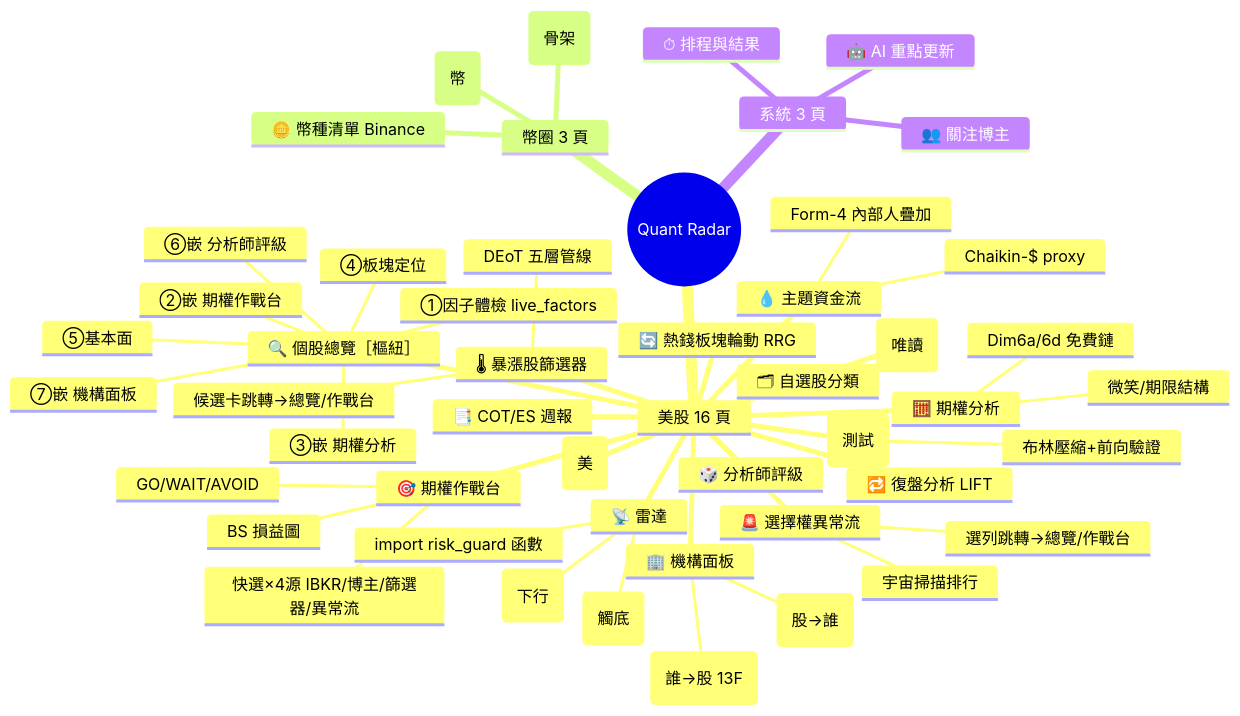
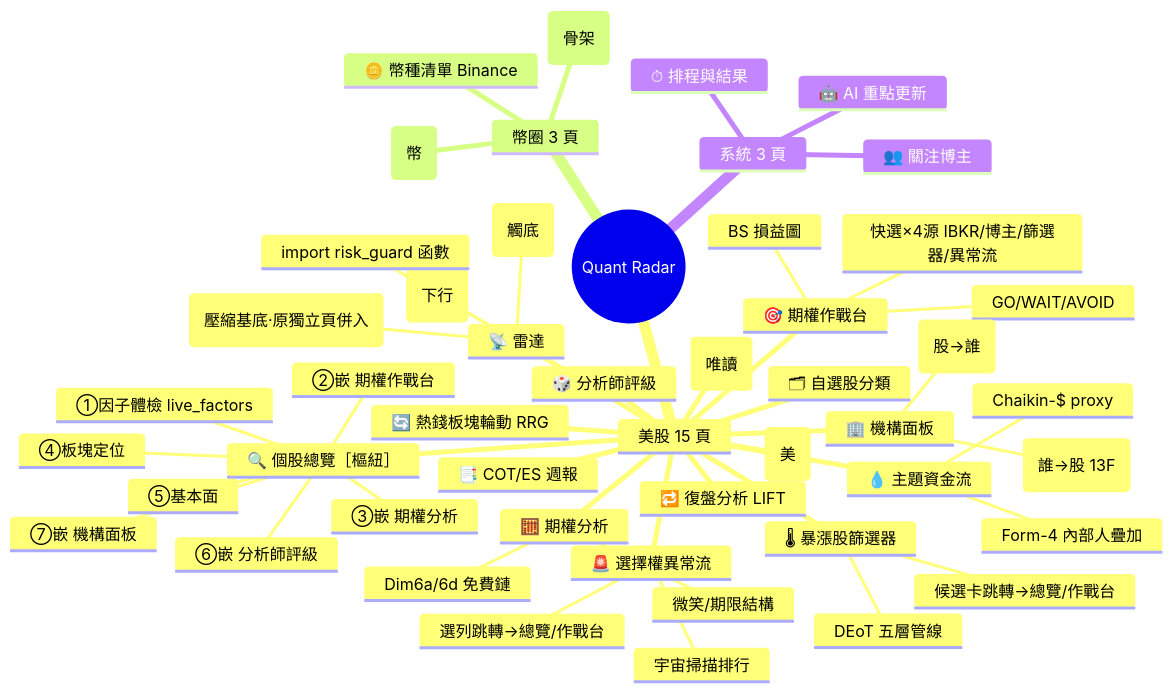
The first of 3 diagrams in docs/system_panorama.md (KennyHsiao/surge-screener), drawn with Mermaid before and after one commit. The commit also changed other lines of this file and 4 other files, not shown here.

````diff
--- a/docs/system_panorama.md
+++ b/docs/system_panorama.md
@@ -10,53 +10,52 @@
 ```mermaid
 mindmap
   root((Quant Radar))
-    美股 16 頁
+    美股 15 頁
       🌡 暴漲股篩選器
         DEoT 五層管線
         候選卡跳轉→總覽/作戰台
       🔍 個股總覽［樞紐］
         ①因子體檢 live_factors
         ②嵌 期權作戰台
         ③嵌 期權分析
         ④板塊定位
         ⑤基本面
         ⑥嵌 分析師評級
         ⑦嵌 機構面板
       🎯 期權作戰台
         GO/WAIT/AVOID
         BS 損益圖
         快選×4源 IBKR/博主/篩選器/異常流
       🧮 期權分析
         Dim6a/6d 免費鏈
         微笑/期限結構
       🚨 選擇權異常流
         宇宙掃描排行
         選列跳轉→總覽/作戰台
       📡 雷達
         風險(下行)
         反轉(觸底)
+        ⚡蓄勢(壓縮基底·原獨立頁併入)
         import risk_guard 函數
-      ⚡ 壓縮基底(測試)
-        布林壓縮+前向驗證
       🔄 熱錢板塊輪動 RRG
       💧 主題資金流
         Chaikin-$ proxy
         Form-4 內部人疊加
       🔁 復盤分析 LIFT
       🎲 分析師評級
       🏢 機構面板
         持股(股→誰)
         持倉(誰→股 13F)
       🧾 IBKR 對帳(唯讀)
       🗂 自選股分類
       📑 COT/ES 週報
       🐦 X 社群情緒(美)
     幣圈 3 頁
       🪙 幣種清單 Binance
       🔍 幣圈篩選(骨架)
       🐦 X 社群情緒(幣)
     系統 3 頁
       👥 關注博主
       ⏱ 排程與結果
       🤖 AI 重點更新
 ```
````
